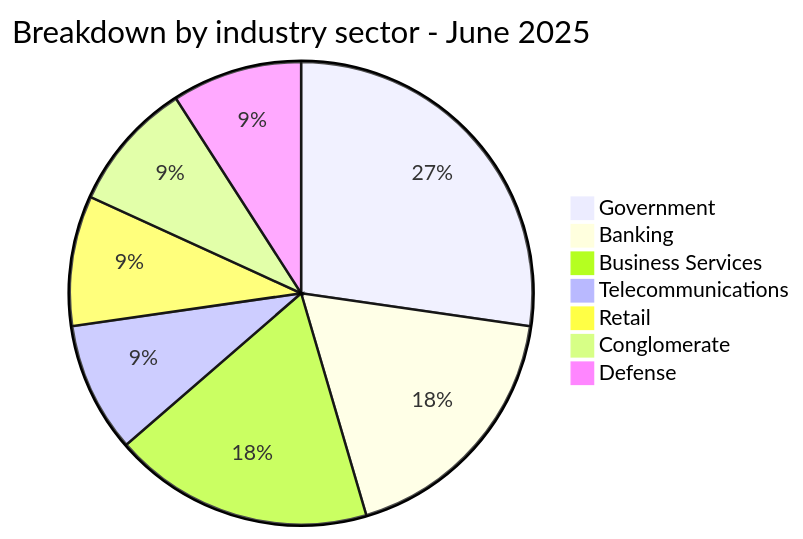
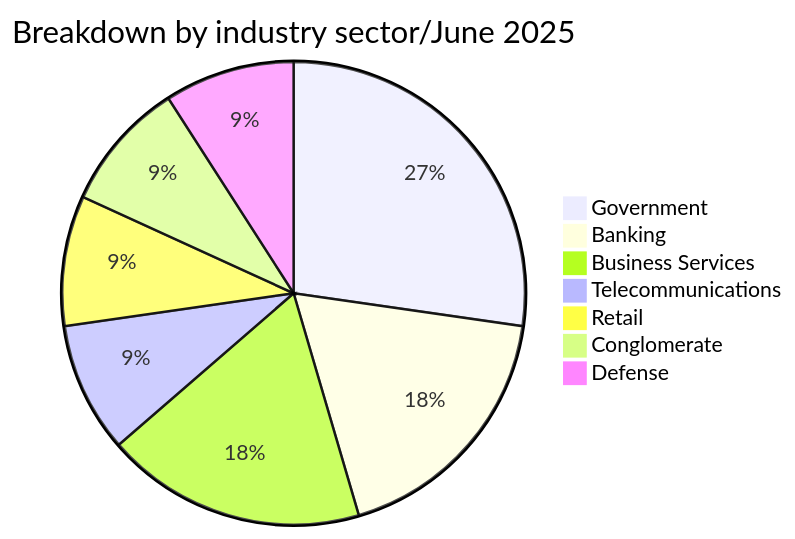
Before and after one commit to Hatchepsoute/AFRINTEL: the second of 5 diagrams in reports/2025/06-june/README.md, drawn with Mermaid. The commit also changed other lines of this file and 1 other file, not shown here.

````diff
--- a/reports/2025/06-june/README.md
+++ b/reports/2025/06-june/README.md
@@ -60,10 +60,10 @@
 ```mermaid
-pie title Breakdown by industry sector - June 2025
+pie title Breakdown by industry sector/June 2025
     "Government" : 3
     "Banking" : 2
     "Business Services" : 2
     "Telecommunications" : 1
     "Retail" : 1
     "Conglomerate" : 1
     "Defense" : 1
 ```
````
